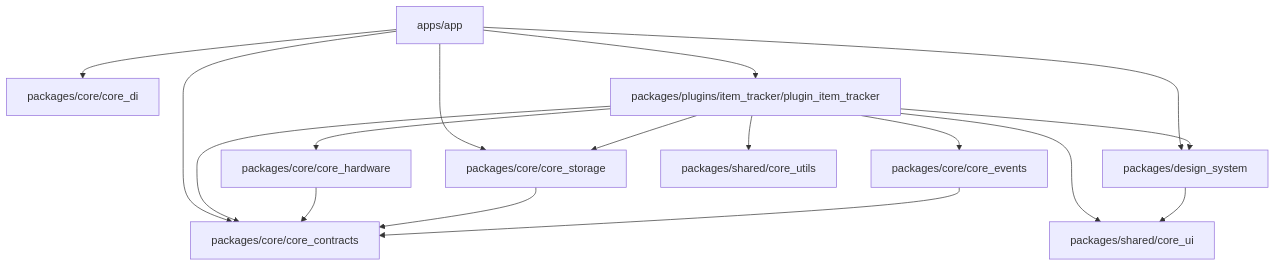
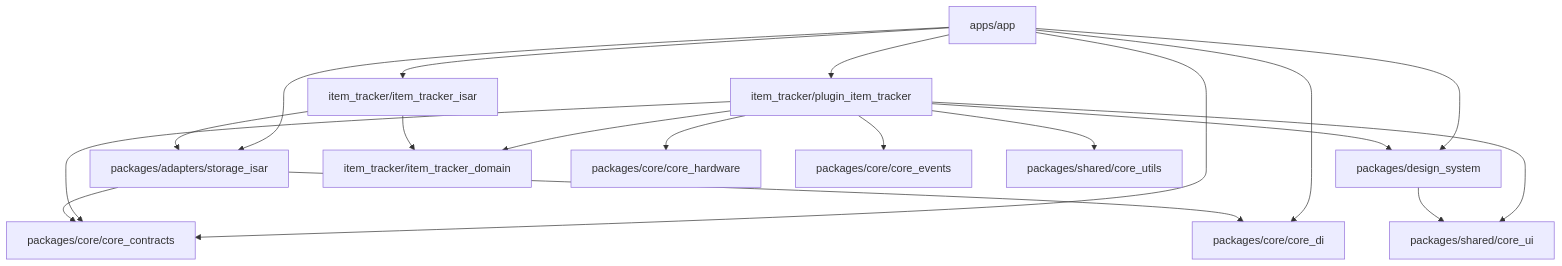
The first of 4 diagrams in specs/app_spec.md (cristian2024/home_tasks), drawn with Mermaid before and after one commit. The commit also changed other lines of this file and 1 other file, not shown here.

````diff
--- a/specs/app_spec.md
+++ b/specs/app_spec.md
@@ -182,21 +188,23 @@
 ```mermaid
 graph TD
     App[apps/app] --> CoreContracts[packages/core/core_contracts]
     App --> CoreDI[packages/core/core_di]
-    App --> CoreStorage[packages/core/core_storage]
     App --> DesignSystem[packages/design_system]
-    App --> PluginItemTracker[packages/plugins/item_tracker/plugin_item_tracker]
+    App --> PluginItemTracker[item_tracker/plugin_item_tracker]
+    App --> StorageIsar[packages/adapters/storage_isar]
+    App --> ItemTrackerIsar[item_tracker/item_tracker_isar]
 
+    PluginItemTracker --> ItemTrackerDomain[item_tracker/item_tracker_domain]
     PluginItemTracker --> CoreContracts
     PluginItemTracker --> CoreHardware[packages/core/core_hardware]
     PluginItemTracker --> CoreEvents[packages/core/core_events]
     PluginItemTracker --> DesignSystem
     PluginItemTracker --> CoreUI[packages/shared/core_ui]
     PluginItemTracker --> CoreUtils[packages/shared/core_utils]
-    PluginItemTracker --> CoreStorage
 
-    CoreHardware --> CoreContracts
-    CoreStorage --> CoreContracts
-    CoreEvents --> CoreContracts
+    ItemTrackerIsar --> ItemTrackerDomain
+    ItemTrackerIsar --> StorageIsar
+    StorageIsar --> CoreContracts
+    StorageIsar --> CoreDI
     DesignSystem --> CoreUI
 ```
````
